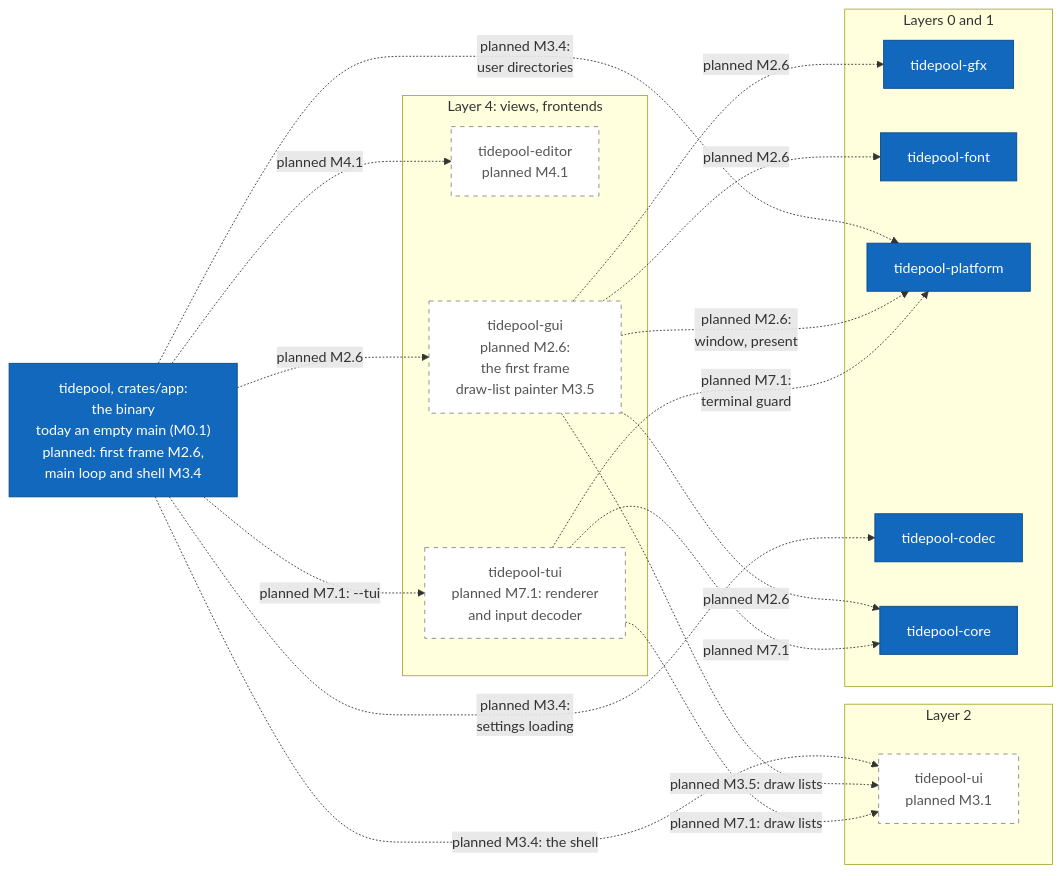
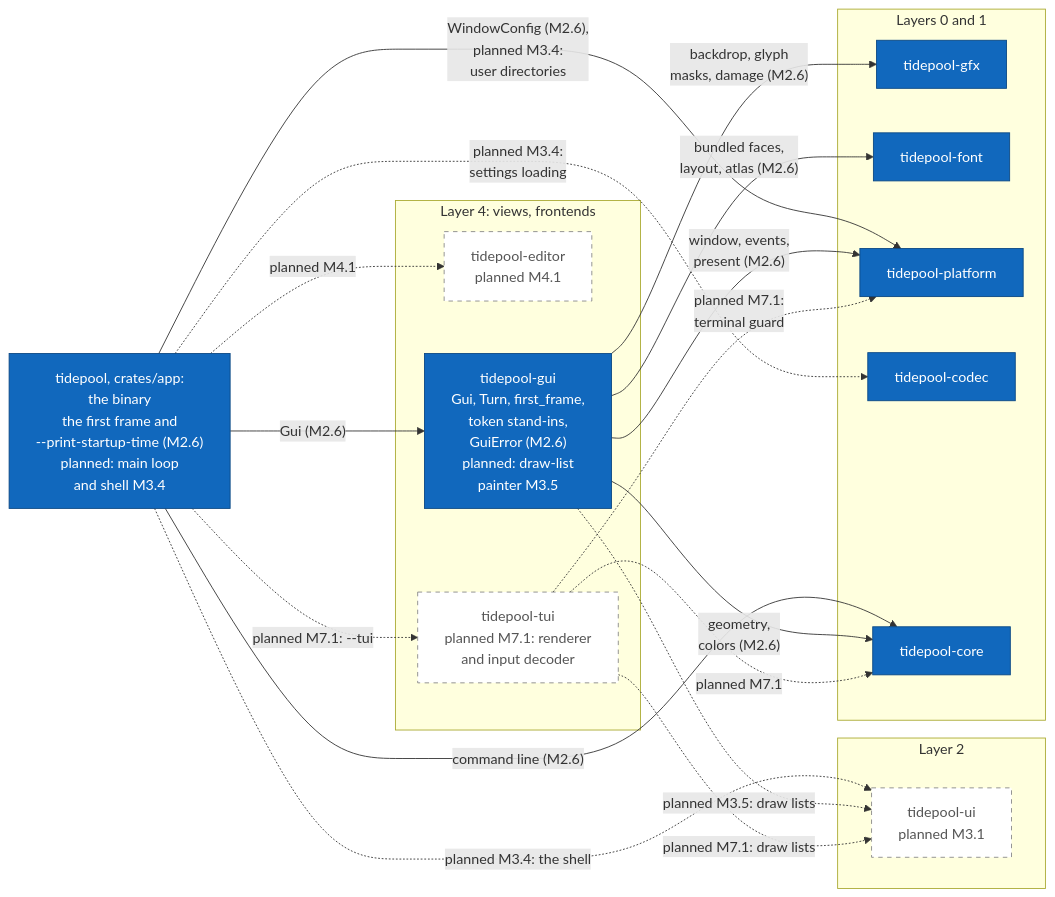
The tenth of 17 diagrams in diagrams/c4-architecture.md (jabbott-iii/Tidepool), drawn with Mermaid before and after one commit. The commit also changed other lines of this file and 35 other files, not shown here.

First line of the commit message:
gui, app: the first frame (M2.6)

````diff
--- a/diagrams/c4-architecture.md
+++ b/diagrams/c4-architecture.md
@@ -511,39 +516,40 @@
 ```mermaid
 flowchart LR
-    k_app["tidepool, crates/app:<br/>the binary<br/>today an empty main (M0.1)<br/>planned: first frame M2.6,<br/>main loop and shell M3.4"]
+    k_app["tidepool, crates/app:<br/>the binary<br/>the first frame and<br/>--print-startup-time (M2.6)<br/>planned: main loop<br/>and shell M3.4"]
     subgraph L4["Layer 4: views, frontends"]
         k_editor["tidepool-editor<br/>planned M4.1"]
-        k_gui["tidepool-gui<br/>planned M2.6:<br/>the first frame<br/>draw-list painter M3.5"]
+        k_gui["tidepool-gui<br/>Gui, Turn, first_frame,<br/>token stand-ins,<br/>GuiError (M2.6)<br/>planned: draw-list<br/>painter M3.5"]
         k_tui["tidepool-tui<br/>planned M7.1: renderer<br/>and input decoder"]
     end
     subgraph L2["Layer 2"]
         k_ui["tidepool-ui<br/>planned M3.1"]
     end
     subgraph L01["Layers 0 and 1"]
         k_gfx["tidepool-gfx"]
         k_font["tidepool-font"]
         k_platform["tidepool-platform"]
         k_codec["tidepool-codec"]
         k_core["tidepool-core"]
     end
 
-    k_app -.->|"planned M2.6"| k_gui
+    k_app -->|"Gui (M2.6)"| k_gui
     k_app -.->|"planned M7.1: --tui"| k_tui
     k_app -.->|"planned M4.1"| k_editor
     k_app -.->|"planned M3.4: the shell"| k_ui
     k_app -.->|"planned M3.4:<br/>settings loading"| k_codec
-    k_app -.->|"planned M3.4:<br/>user directories"| k_platform
-    k_gui -.->|"planned M2.6"| k_core
-    k_gui -.->|"planned M2.6:<br/>window, present"| k_platform
-    k_gui -.->|"planned M2.6"| k_gfx
-    k_gui -.->|"planned M2.6"| k_font
+    k_app -->|"WindowConfig (M2.6),<br/>planned M3.4:<br/>user directories"| k_platform
+    k_app -->|"command line (M2.6)"| k_core
+    k_gui -->|"geometry,<br/>colors (M2.6)"| k_core
+    k_gui -->|"window, events,<br/>present (M2.6)"| k_platform
+    k_gui -->|"backdrop, glyph<br/>masks, damage (M2.6)"| k_gfx
+    k_gui -->|"bundled faces,<br/>layout, atlas (M2.6)"| k_font
     k_gui -.->|"planned M3.5: draw lists"| k_ui
     k_tui -.->|"planned M7.1"| k_core
     k_tui -.->|"planned M7.1:<br/>terminal guard"| k_platform
     k_tui -.->|"planned M7.1: draw lists"| k_ui
 
     classDef built fill:#1168bd,stroke:#0b4884,color:#ffffff
     classDef planned fill:#ffffff,stroke:#888888,stroke-dasharray: 5 5,color:#555555
-    class k_app,k_platform,k_codec,k_gfx,k_font,k_core built
-    class k_editor,k_gui,k_tui,k_ui planned
+    class k_app,k_gui,k_platform,k_codec,k_gfx,k_font,k_core built
+    class k_editor,k_tui,k_ui planned
 ```
````
